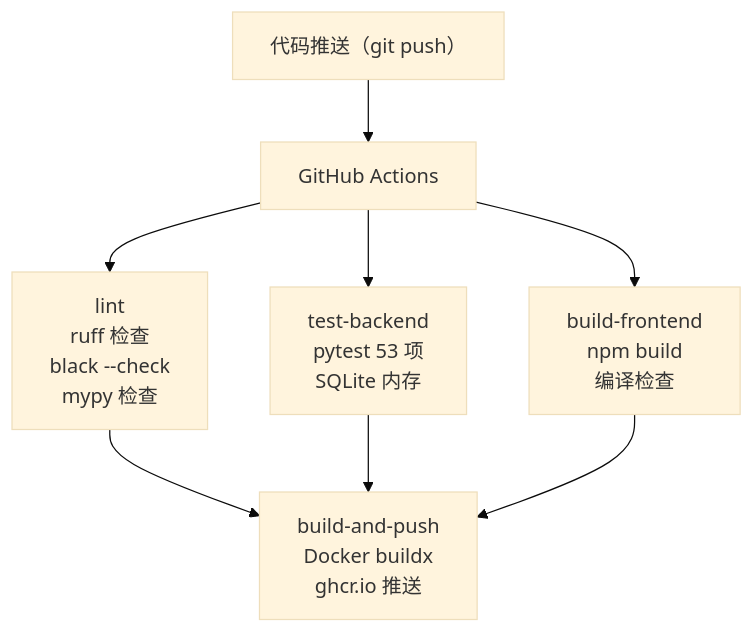
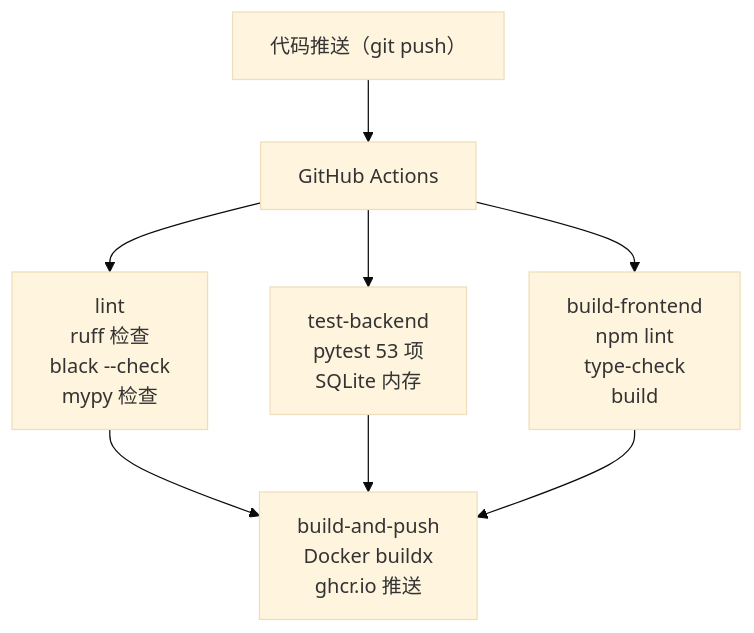
The fifth of 5 diagrams in SYSTEM_DESIGN.md (zhou-xingxing/dc-network-planner), drawn with Mermaid (base theme) before and after one commit. The commit also changed other lines of this file and 57 other files, not shown here.

````diff
--- a/SYSTEM_DESIGN.md
+++ b/SYSTEM_DESIGN.md
@@ -857,10 +861,10 @@
 ```mermaid
 graph TB
     Push["代码推送（git push）"] --> GHA["GitHub Actions"]
     GHA --> Lint["lint<br/>ruff 检查<br/>black --check<br/>mypy 检查"]
     GHA --> Test["test-backend<br/>pytest 53 项<br/>SQLite 内存"]
-    GHA --> Build["build-frontend<br/>npm build<br/>编译检查"]
+    GHA --> Build["build-frontend<br/>npm lint<br/>type-check<br/>build"]
     Lint --> Publish["build-and-push<br/>Docker buildx<br/>ghcr.io 推送"]
     Test --> Publish
     Build --> Publish
 ```
````
